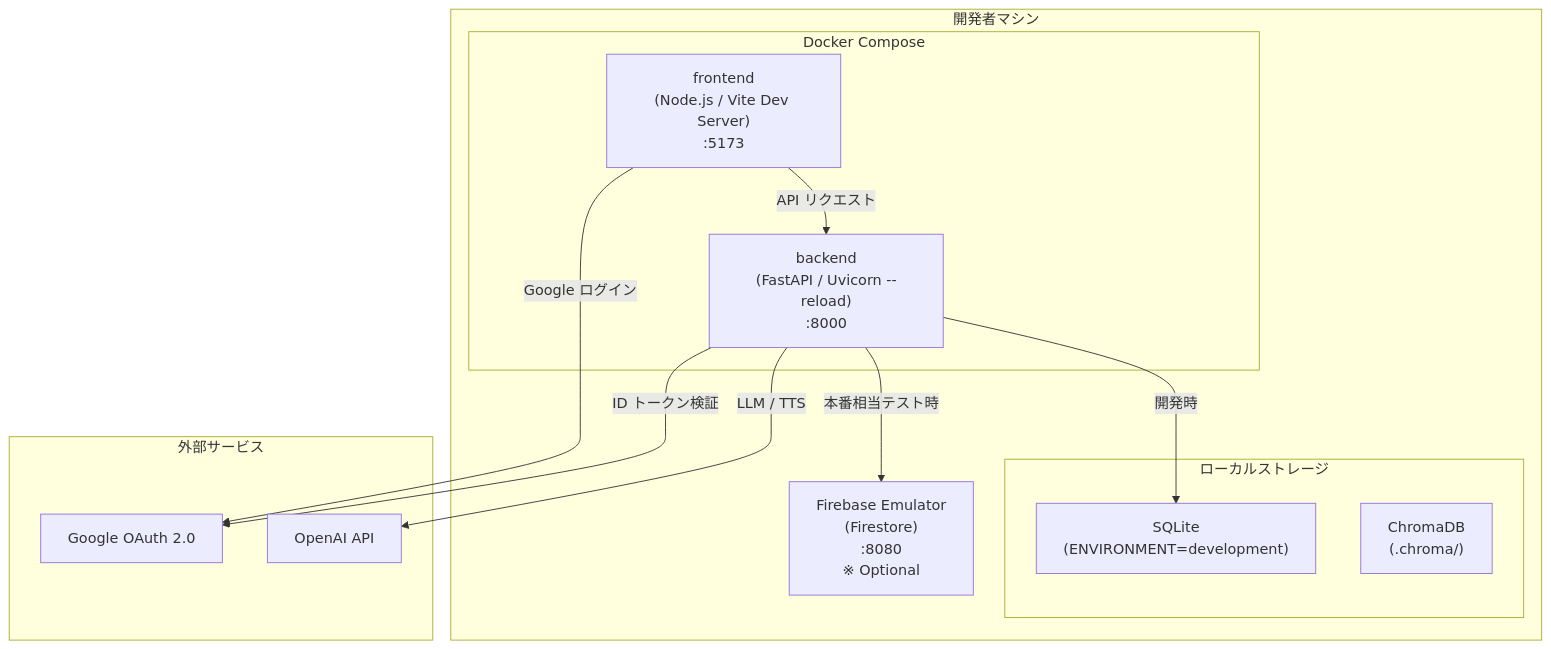
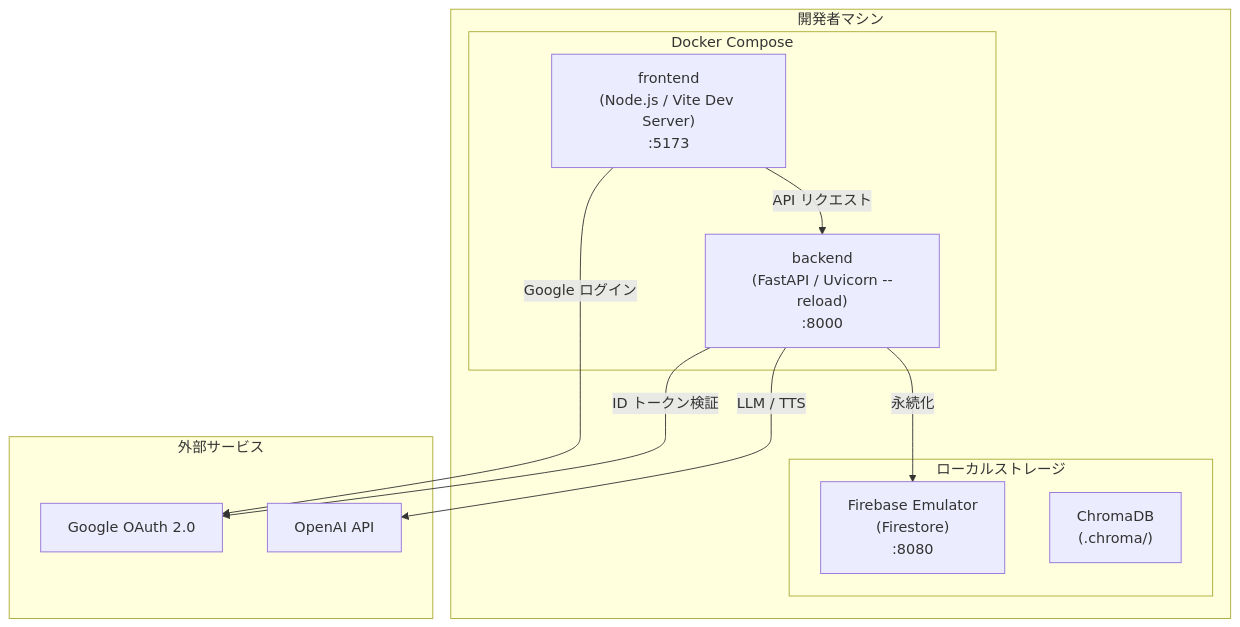
Before and after one commit to RiSEblackbird/wordpack-for-english: the second of 6 diagrams in docs/infrastructure.md, drawn with Mermaid. The commit also changed other lines of this file and 22 other files, not shown here.

Commit message:
Firestore専用化とSQLite削除 / Make backend Firestore-only

````diff
--- a/docs/infrastructure.md
+++ b/docs/infrastructure.md
@@ -67,28 +67,25 @@
 ```mermaid
 flowchart TB
     subgraph Dev["開発者マシン"]
         subgraph DockerCompose["Docker Compose"]
             FrontendContainer["frontend<br/>(Node.js / Vite Dev Server)<br/>:5173"]
             BackendContainer["backend<br/>(FastAPI / Uvicorn --reload)<br/>:8000"]
         end
 
         subgraph Local["ローカルストレージ"]
-            SQLite["SQLite<br/>(ENVIRONMENT=development)"]
+            FirestoreEmulator["Firebase Emulator<br/>(Firestore)<br/>:8080"]
             ChromaDB["ChromaDB<br/>(.chroma/)"]
         end
-
-        FirestoreEmulator["Firebase Emulator<br/>(Firestore)<br/>:8080<br/>※ Optional"]
     end
 
     subgraph External["外部サービス"]
         OpenAI["OpenAI API"]
         GoogleOAuth["Google OAuth 2.0"]
     end
 
     FrontendContainer -->|API リクエスト| BackendContainer
-    BackendContainer -->|開発時| SQLite
-    BackendContainer -->|本番相当テスト時| FirestoreEmulator
+    BackendContainer -->|永続化| FirestoreEmulator
     BackendContainer -->|LLM / TTS| OpenAI
     FrontendContainer -->|Google ログイン| GoogleOAuth
     BackendContainer -->|ID トークン検証| GoogleOAuth
 ```
````
